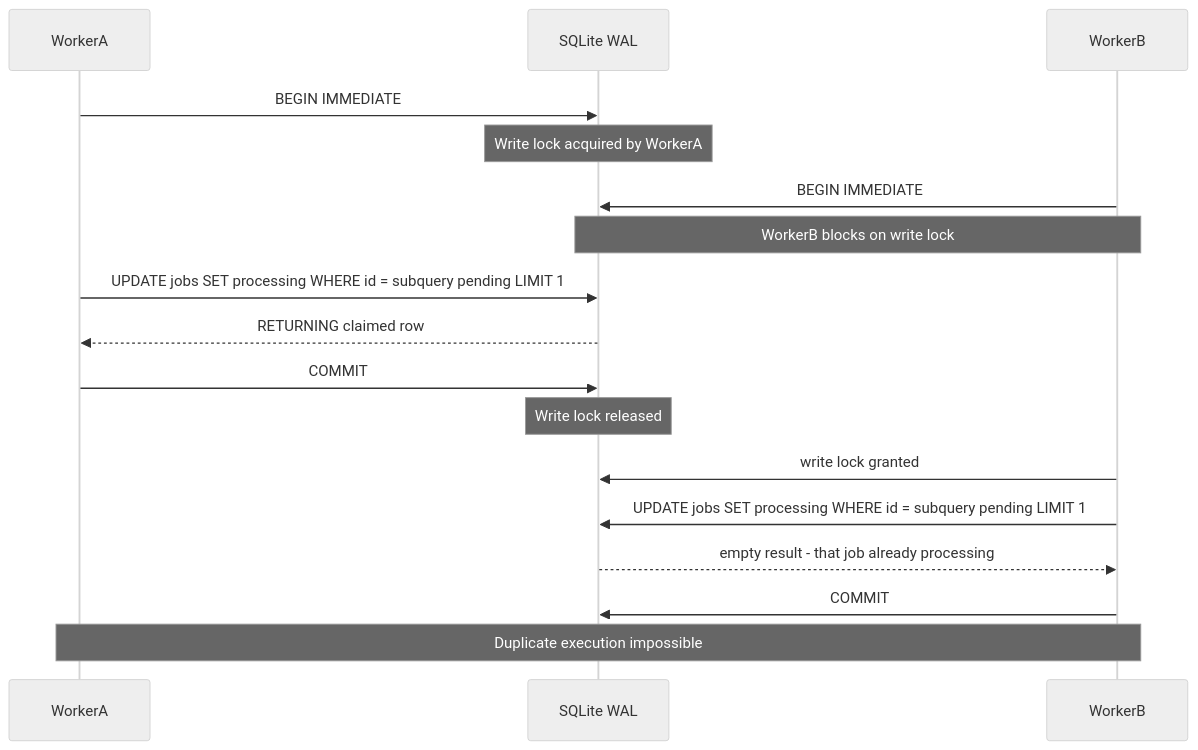
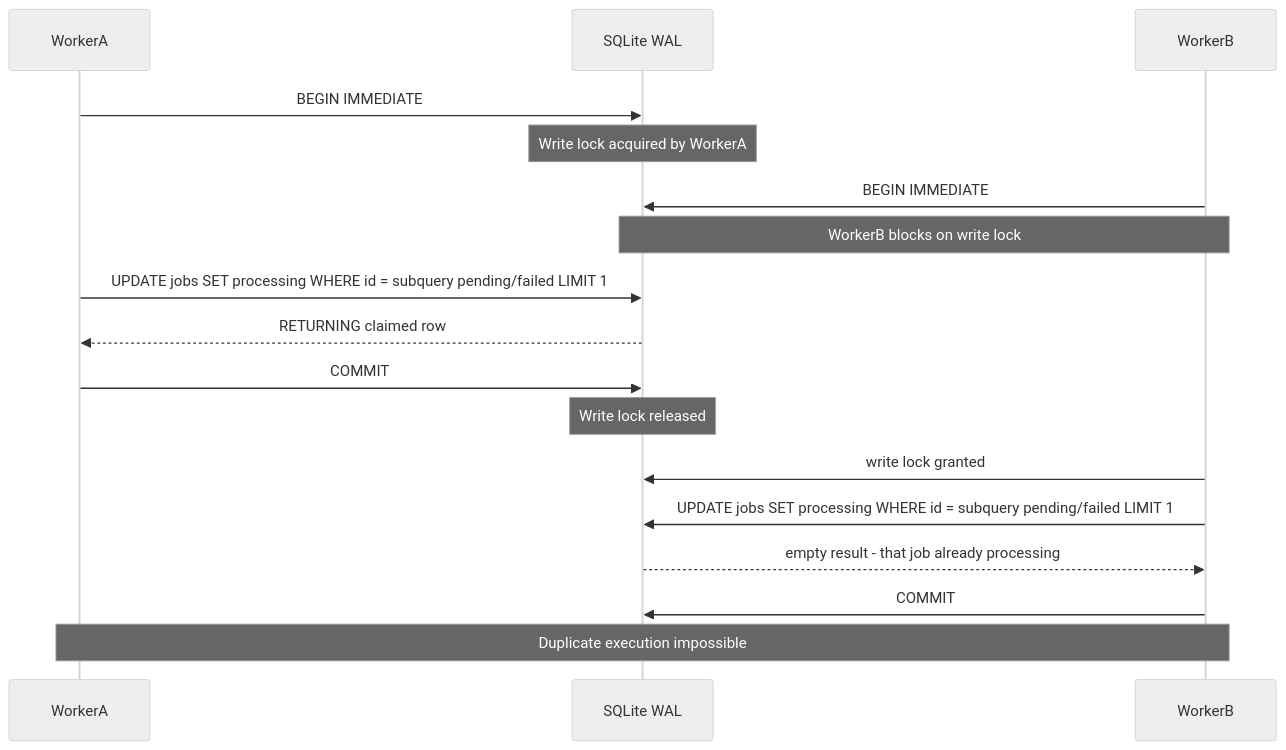
One commit to tejash05/queuectl changed the seventh of 10 diagrams in docs/architecture.md. Above: the diagram before and after it, drawn with Mermaid (neutral theme). The commit also changed other lines of this file and 25 other files, not shown here.

````diff
--- a/docs/architecture.md
+++ b/docs/architecture.md
@@ -219,20 +241,20 @@
 ```mermaid
 sequenceDiagram
   participant WA as WorkerA
   participant DB as SQLite WAL
   participant WB as WorkerB
 
   WA->>DB: BEGIN IMMEDIATE
   Note over DB: Write lock acquired by WorkerA
   WB->>DB: BEGIN IMMEDIATE
   Note over WB,DB: WorkerB blocks on write lock
-  WA->>DB: UPDATE jobs SET processing WHERE id = subquery pending LIMIT 1
+  WA->>DB: UPDATE jobs SET processing WHERE id = subquery pending/failed LIMIT 1
   DB-->>WA: RETURNING claimed row
   WA->>DB: COMMIT
   Note over DB: Write lock released
   WB->>DB: write lock granted
-  WB->>DB: UPDATE jobs SET processing WHERE id = subquery pending LIMIT 1
+  WB->>DB: UPDATE jobs SET processing WHERE id = subquery pending/failed LIMIT 1
   DB-->>WB: empty result - that job already processing
   WB->>DB: COMMIT
   Note over WA,WB: Duplicate execution impossible
 ```
````
